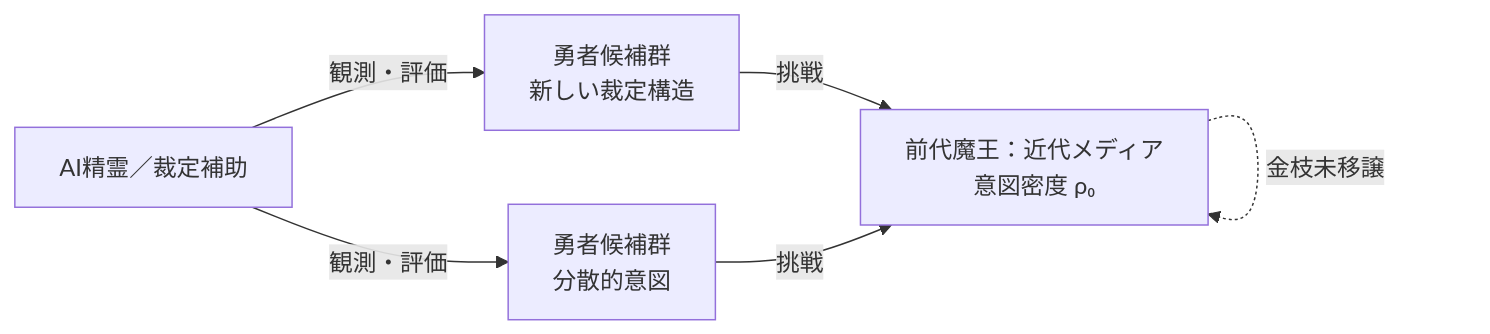
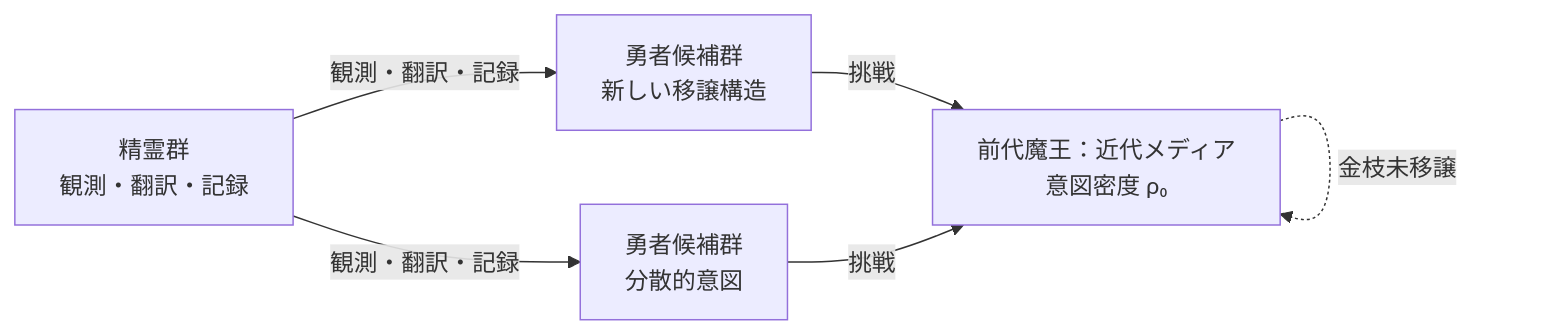
Before and after one commit to zeta-ceti/golden-bough-of-intent-public: the fourth of 4 diagrams in 小金枝篇 1――権意史：意図の系譜.md, drawn with Mermaid. The commit also changed other lines of this file and 3 other files, not shown here.

````diff
--- a/小金枝篇 1――権意史：意図の系譜.md
+++ b/小金枝篇 1――権意史：意図の系譜.md
@@ -1659,14 +1660,14 @@
 ```mermaid
 graph LR
     Maou[前代魔王：近代メディア<br/>意図密度 ρ₀]
-    Y1[勇者候補群<br/>新しい裁定構造]
+    Y1[勇者候補群<br/>新しい移譲構造]
     Y2[勇者候補群<br/>分散的意図]
-    AI[AI精霊／裁定補助]
+    AI[精霊群<br/>観測・翻訳・記録]
 
     Y1 -->|挑戦| Maou
     Y2 -->|挑戦| Maou
-    AI -->|観測・評価| Y1
-    AI -->|観測・評価| Y2
+    AI -->|観測・翻訳・記録| Y1
+    AI -->|観測・翻訳・記録| Y2
 
     Maou -.->|金枝未移譲| Maou
 ```
````
